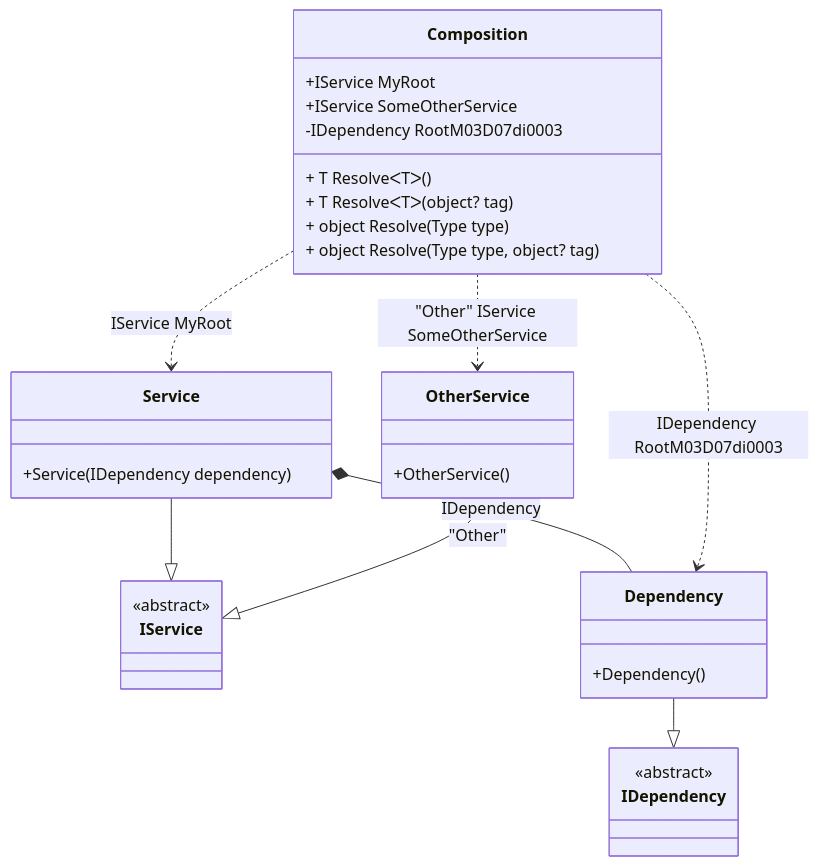
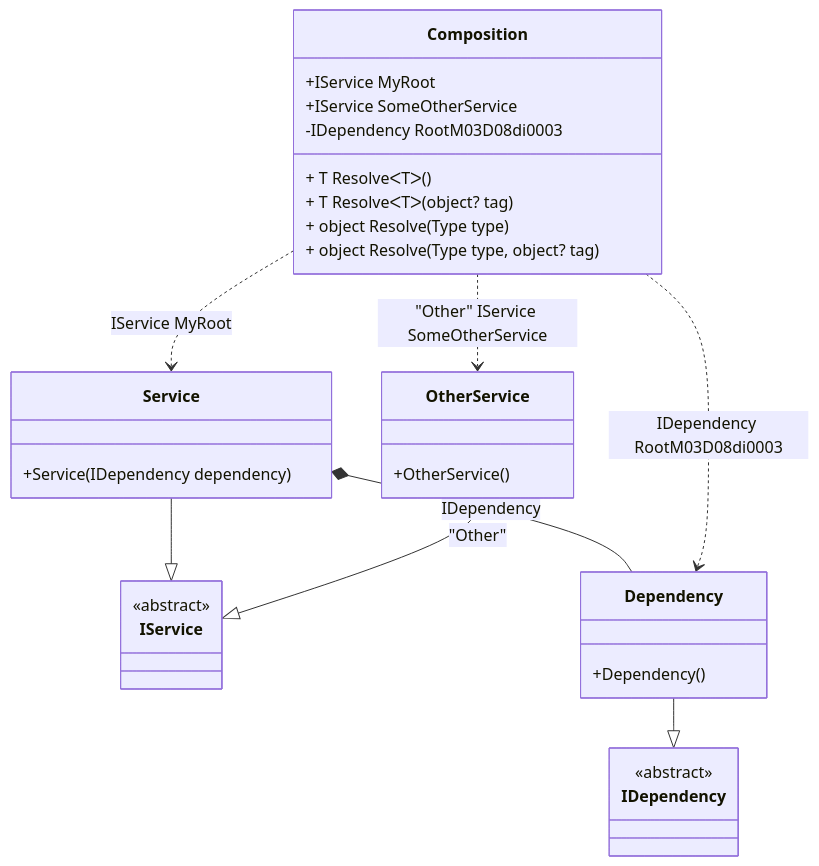
Before and after one commit to DevTeam/Pure.DI: the diagram in readme/composition-roots.md, drawn with Mermaid. The commit also changed other lines of this file and 71 other files, not shown here.

````diff
--- a/readme/composition-roots.md
+++ b/readme/composition-roots.md
@@ -66,34 +66,34 @@
 ```mermaid
 classDiagram
   class Composition {
     +IService MyRoot
     +IService SomeOtherService
-    -IDependency RootM03D07di0003
+    -IDependency RootM03D08di0003
     + T ResolveᐸTᐳ()
     + T ResolveᐸTᐳ(object? tag)
     + object Resolve(Type type)
     + object Resolve(Type type, object? tag)
   }
   Service --|> IService : 
   class Service {
     +Service(IDependency dependency)
   }
   OtherService --|> IService : "Other" 
   class OtherService {
     +OtherService()
   }
   Dependency --|> IDependency : 
   class Dependency {
     +Dependency()
   }
   class IService {
     <<abstract>>
   }
   class IDependency {
     <<abstract>>
   }
   Service *--  Dependency : IDependency
   Composition ..> Service : IService MyRoot
   Composition ..> OtherService : "Other" IService SomeOtherService
-  Composition ..> Dependency : IDependency RootM03D07di0003
+  Composition ..> Dependency : IDependency RootM03D08di0003
 ```
````
